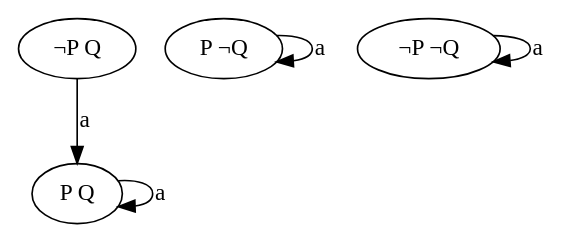
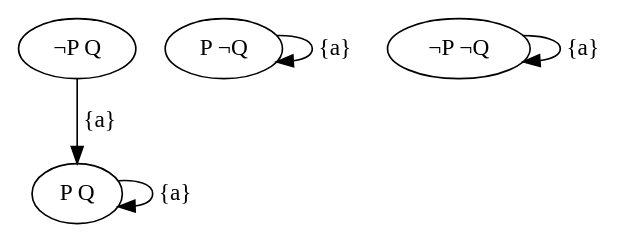
Before and after one commit to Entze/APIA: the diagram in Figures/Action_Language_A/Example.dot, drawn with Graphviz.

Commit message:
Update Action Language A example: 'a' -> '{a}'

```diff
--- a/Figures/Action_Language_A/Example.dot
+++ b/Figures/Action_Language_A/Example.dot
@@ -1,14 +1,14 @@
 // Figure 1 from Gelfond and Lifschitz, 1998, Action languages
 digraph {
     "P Q";
     "P ¬Q";
     "¬P Q";
     "¬P ¬Q";
 
-    "¬P Q" -> "P Q" [label = "a"];
-    "P Q" -> "P Q" [label = "a"];
+    "¬P Q" -> "P Q" [label = "{a}"];
+    "P Q" -> "P Q" [label = "{a}"];
 
-    "P ¬Q" -> "P ¬Q" [label = "a"];
+    "P ¬Q" -> "P ¬Q" [label = "{a}"];
 
-    "¬P ¬Q" -> "¬P ¬Q" [label = "a"];
+    "¬P ¬Q" -> "¬P ¬Q" [label = "{a}"];
 }
```
